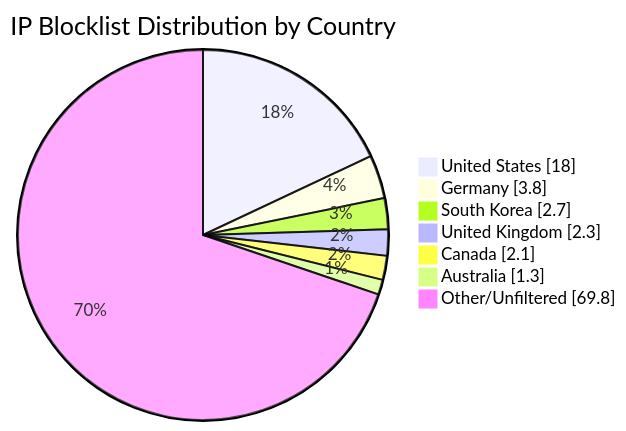
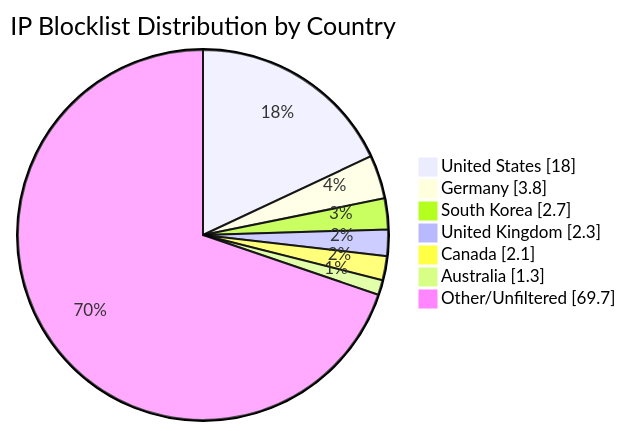
The diagram in README.md (MarcusHoltz/ipblocklist-geofiltered-aggregator), drawn with Mermaid before and after one commit. The commit also changed other lines of this file and 9 other files, not shown here.

````diff
--- a/README.md
+++ b/README.md
@@ -34,10 +34,10 @@
 ```mermaid
 pie showData title IP Blocklist Distribution by Country
 "United States" : 18.0
 "Germany" : 3.8
 "South Korea" : 2.7
 "United Kingdom" : 2.3
 "Canada" : 2.1
 "Australia" : 1.3
-"Other/Unfiltered" : 69.8
+"Other/Unfiltered" : 69.7
 ```
````
